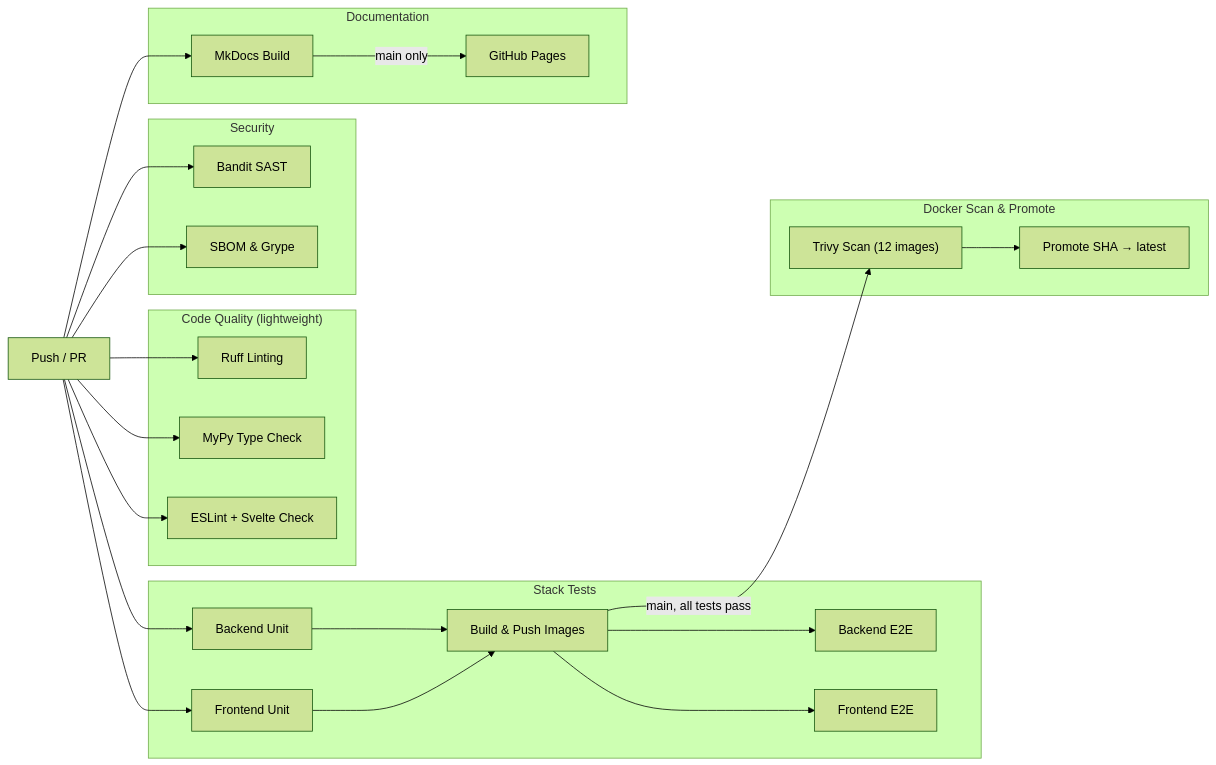
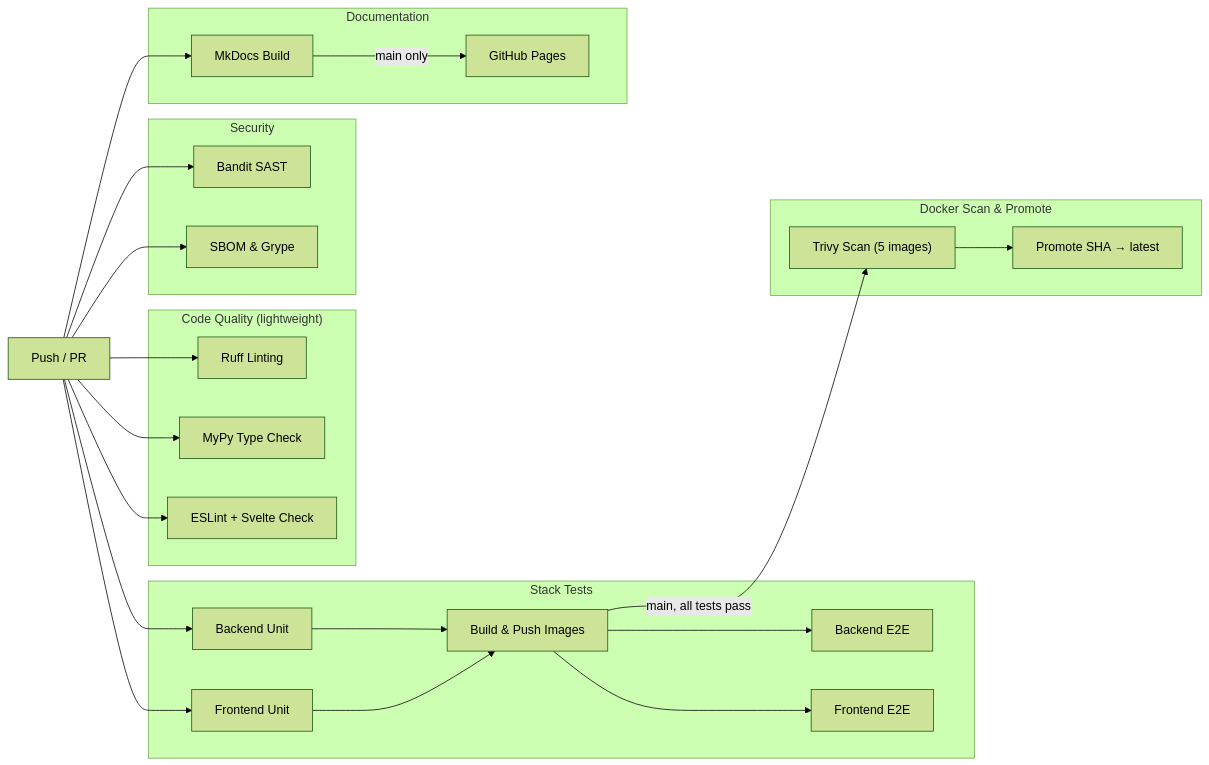
The first of 3 diagrams in docs/operations/cicd.md (HardMax71/Integr8sCode), drawn with Mermaid (forest theme) before and after one commit. The commit also changed other lines of this file and 59 other files, not shown here.

````diff
--- a/docs/operations/cicd.md
+++ b/docs/operations/cicd.md
@@ -9,40 +9,40 @@
 ```mermaid
 graph LR
     subgraph "Code Quality (lightweight)"
         Ruff["Ruff Linting"]
         MyPy["MyPy Type Check"]
         ESLint["ESLint + Svelte Check"]
     end
 
     subgraph "Security"
         Bandit["Bandit SAST"]
         SBOM["SBOM & Grype"]
     end
 
     subgraph "Stack Tests"
         UnitBE["Backend Unit"]
         UnitFE["Frontend Unit"]
         Build["Build & Push Images"]
         E2E_BE["Backend E2E"]
         E2E_FE["Frontend E2E"]
         UnitBE --> Build
         UnitFE --> Build
         Build --> E2E_BE
         Build --> E2E_FE
     end
 
     subgraph "Docker Scan & Promote"
-        Scan["Trivy Scan (12 images)"]
+        Scan["Trivy Scan (5 images)"]
         Promote["Promote SHA → latest"]
         Scan --> Promote
     end
 
     subgraph "Documentation"
         Docs["MkDocs Build"]
         Pages["GitHub Pages"]
     end
 
     Push["Push / PR"] --> Ruff & MyPy & ESLint & Bandit & SBOM & UnitBE & UnitFE & Docs
     Build -->|main, all tests pass| Scan
     Docs -->|main only| Pages
 ```
````
